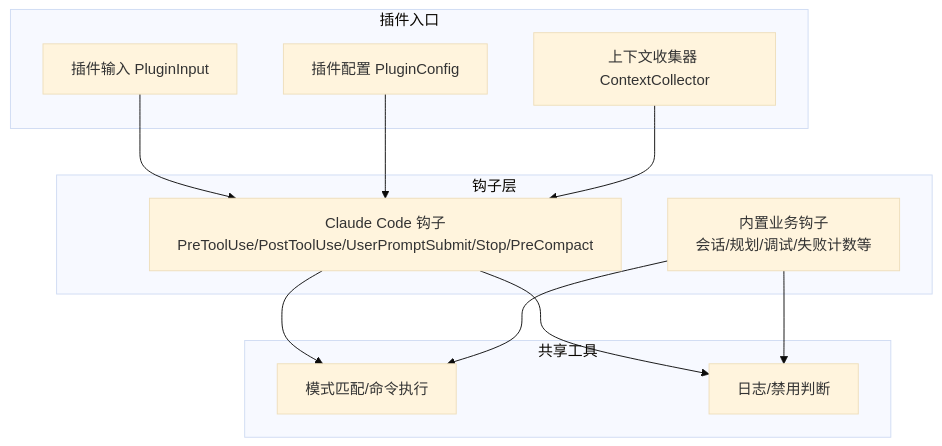
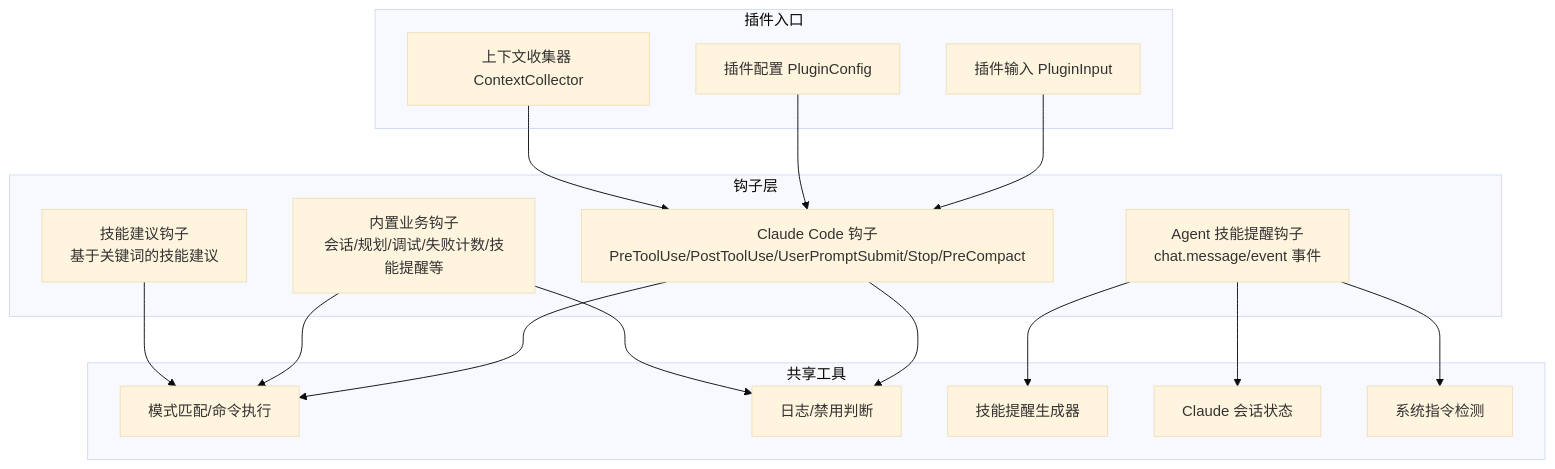
The first of 9 diagrams in .qoder/repowiki/zh/content/钩子系统/钩子架构设计.md (code-yeongyu/oh-my-openagent), drawn with Mermaid (base theme) before and after one commit. The commit also changed other lines of this file and 61 other files, not shown here.

````diff
--- a/.qoder/repowiki/zh/content/钩子系统/钩子架构设计.md
+++ b/.qoder/repowiki/zh/content/钩子系统/钩子架构设计.md
@@ -40,23 +62,32 @@
 ```mermaid
 graph TB
 subgraph "钩子层"
 CC["Claude Code 钩子<br/>PreToolUse/PostToolUse/UserPromptSubmit/Stop/PreCompact"]
-BH["内置业务钩子<br/>会话/规划/调试/失败计数等"]
+BH["内置业务钩子<br/>会话/规划/调试/失败计数/技能提醒等"]
+ASR["Agent 技能提醒钩子<br/>chat.message/event 事件"]
+SS["技能建议钩子<br/>基于关键词的技能建议"]
 end
 subgraph "插件入口"
 PI["插件输入 PluginInput"]
 CFG["插件配置 PluginConfig"]
 CTXCOL["上下文收集器 ContextCollector"]
 end
 subgraph "共享工具"
 FM["模式匹配/命令执行"]
 LOG["日志/禁用判断"]
+SRG["技能提醒生成器"]
+CCS["Claude 会话状态"]
+SD["系统指令检测"]
 end
 PI --> CC
 CFG --> CC
 CTXCOL --> CC
 CC --> FM
 CC --> LOG
 BH --> FM
 BH --> LOG
+ASR --> SRG
+ASR --> CCS
+ASR --> SD
+SS --> FM
 ```
````
